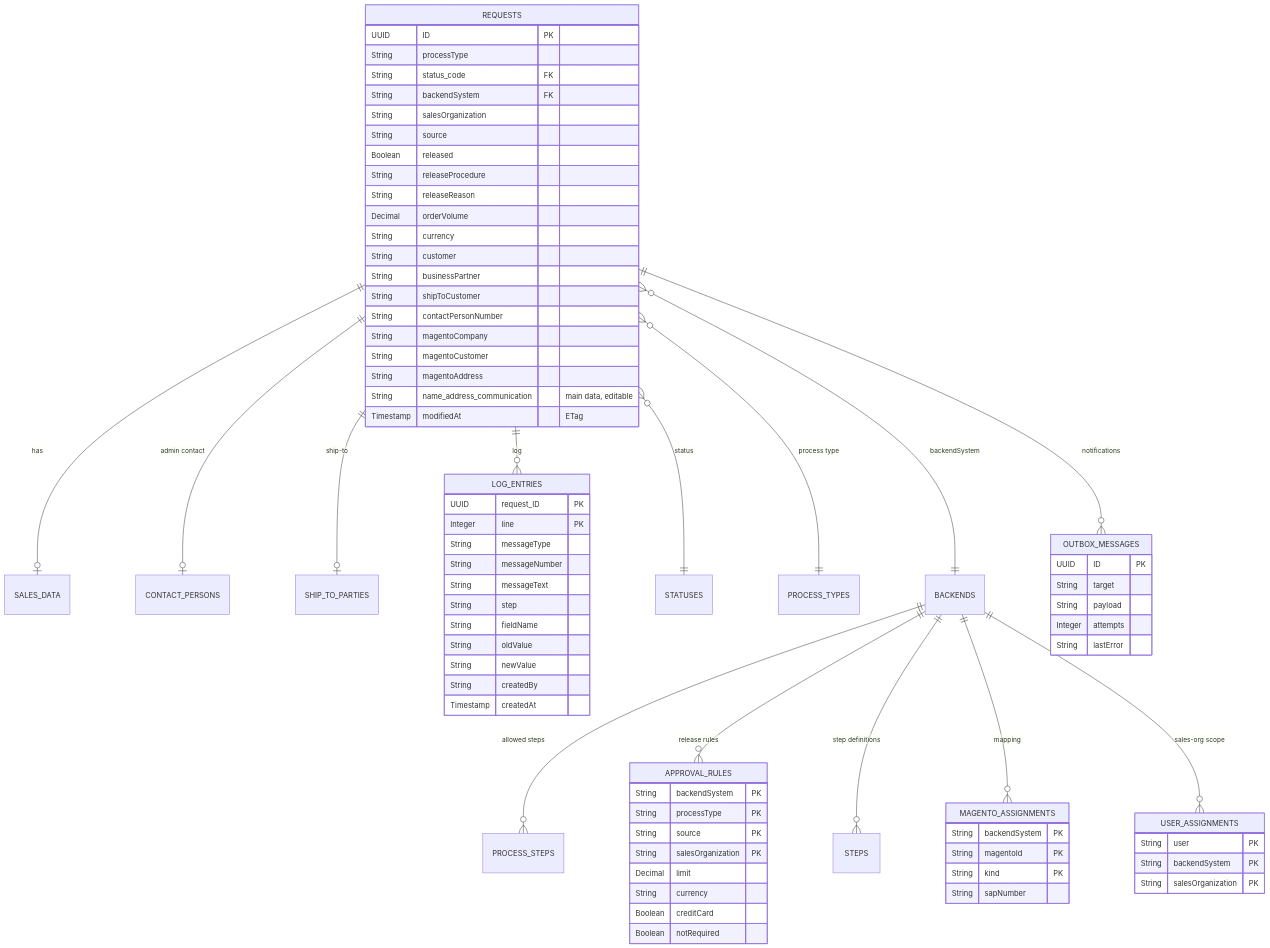
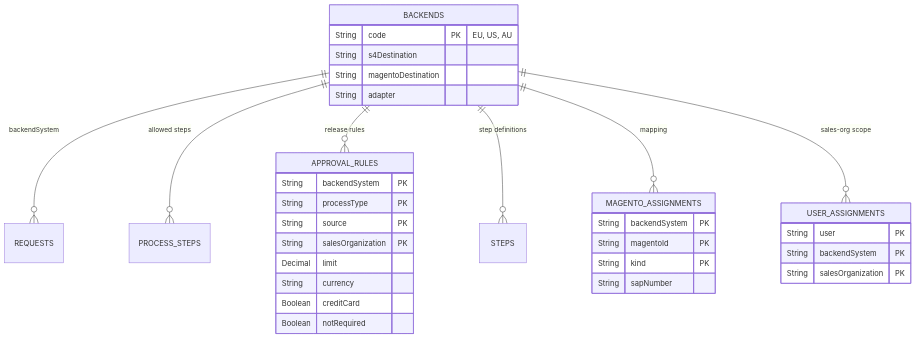
The seventh of 16 diagrams in docs/12_solution_design.md (igorvorobevde/btp-cust-monitor), drawn with Mermaid before and after one commit. The commit also changed other lines of this file and 2 other files, not shown here.

First line of the commit message:
docs: Word version of the solution design (docs/12) with landscape pages for wide diagrams

````diff
--- a/docs/12_solution_design.md
+++ b/docs/12_solution_design.md
@@ -368,79 +408,36 @@
 ```mermaid
 erDiagram
-  REQUESTS ||--o| SALES_DATA : "has"
-  REQUESTS ||--o| CONTACT_PERSONS : "admin contact"
-  REQUESTS ||--o| SHIP_TO_PARTIES : "ship-to"
-  REQUESTS ||--o{ LOG_ENTRIES : "log"
-  REQUESTS }o--|| STATUSES : "status"
-  REQUESTS }o--|| PROCESS_TYPES : "process type"
-  REQUESTS }o--|| BACKENDS : "backendSystem"
-  REQUESTS ||--o{ OUTBOX_MESSAGES : "notifications"
+  BACKENDS ||--o{ REQUESTS : "backendSystem"
   BACKENDS ||--o{ PROCESS_STEPS : "allowed steps"
   BACKENDS ||--o{ APPROVAL_RULES : "release rules"
   BACKENDS ||--o{ STEPS : "step definitions"
   BACKENDS ||--o{ MAGENTO_ASSIGNMENTS : "mapping"
   BACKENDS ||--o{ USER_ASSIGNMENTS : "sales-org scope"
-  REQUESTS {
-    UUID ID PK
-    String processType
-    String status_code FK
-    String backendSystem FK
-    String salesOrganization
-    String source
-    Boolean released
-    String releaseProcedure
-    String releaseReason
-    Decimal orderVolume
-    String currency
-    String customer
-    String businessPartner
-    String shipToCustomer
-    String contactPersonNumber
-    String magentoCompany
-    String magentoCustomer
-    String magentoAddress
-    String name_address_communication "main data, editable"
-    Timestamp modifiedAt "ETag"
-  }
-  LOG_ENTRIES {
-    UUID request_ID PK
-    Integer line PK
-    String messageType
-    String messageNumber
-    String messageText
-    String step
-    String fieldName
-    String oldValue
-    String newValue
-    String createdBy
-    Timestamp createdAt
+  BACKENDS {
+    String code PK "EU, US, AU"
+    String s4Destination
+    String magentoDestination
+    String adapter
   }
   APPROVAL_RULES {
     String backendSystem PK
     String processType PK
     String source PK
     String salesOrganization PK
     Decimal limit
     String currency
     Boolean creditCard
     Boolean notRequired
   }
   MAGENTO_ASSIGNMENTS {
     String backendSystem PK
     String magentoId PK
     String kind PK
     String sapNumber
   }
   USER_ASSIGNMENTS {
     String user PK
     String backendSystem PK
     String salesOrganization PK
   }
-  OUTBOX_MESSAGES {
-    UUID ID PK
-    String target
-    String payload
-    Integer attempts
-    String lastError
-  }
 ```
````
